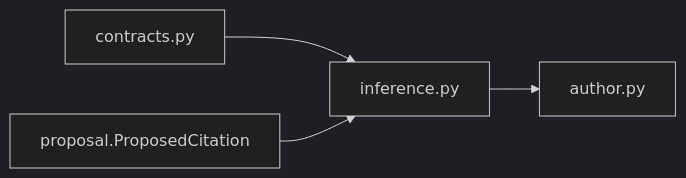
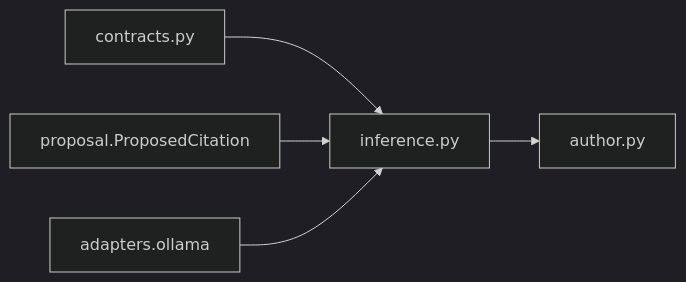
The diagram in docs/architecture/ksdft2effmass/publications/authoring/inference/implementation.md (eragasa/ksdft2effmass), drawn with Mermaid (dark theme) before and after one commit. The commit also changed other lines of this file and 71 other files, not shown here.

````diff
--- a/docs/architecture/ksdft2effmass/publications/authoring/inference/implementation.md
+++ b/docs/architecture/ksdft2effmass/publications/authoring/inference/implementation.md
@@ -3,6 +3,7 @@
 ```mermaid
 flowchart LR
     Contracts["contracts.py"] --> Inference["inference.py"]
     ProposedCitation["proposal.ProposedCitation"] --> Inference
     Inference --> Author["author.py"]
+    Ollama["adapters.ollama"] --> Inference
 ```
````
